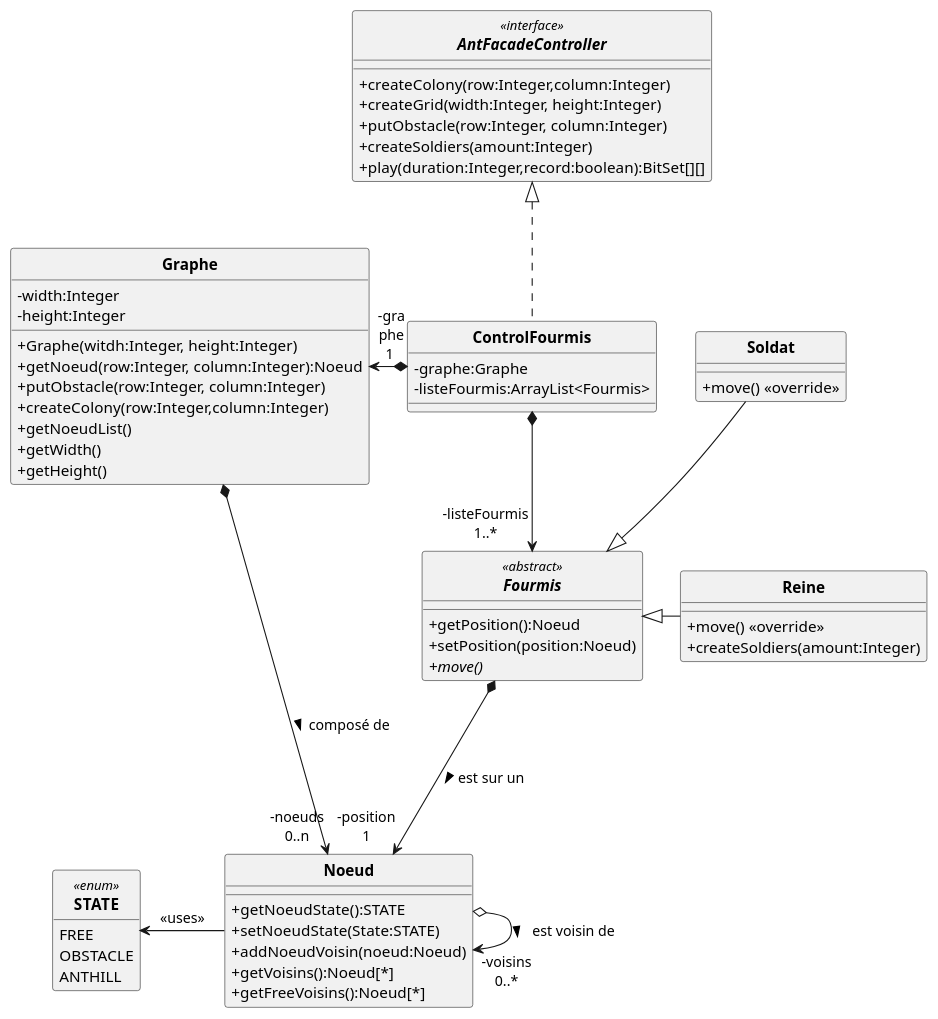
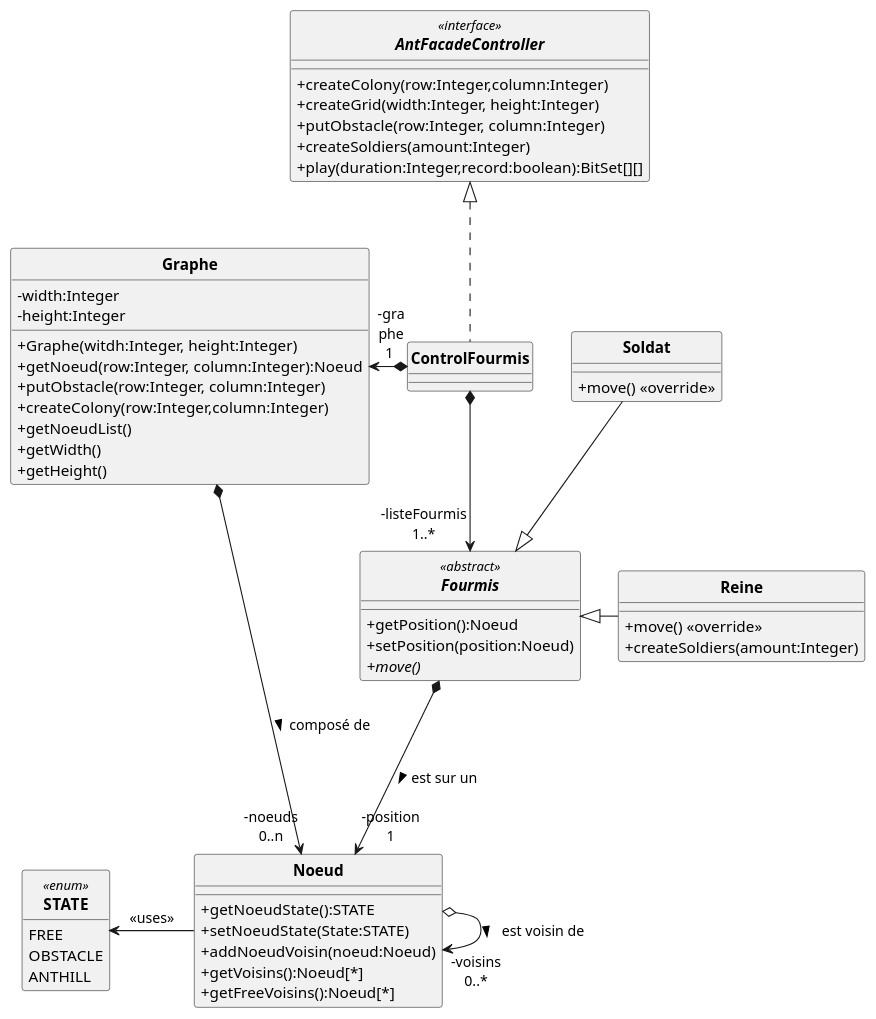
The diagram in src/main/uml/Fourmis_DC.puml (ErenMustafaGit/ColonieFourmis), drawn with PlantUML before and after one commit. The commit also changed 2 other files, not shown here.

```diff
--- a/src/main/uml/Fourmis_DC.puml
+++ b/src/main/uml/Fourmis_DC.puml
@@ -1,87 +1,85 @@
 @startuml
 'https://plantuml.com/sequence-diagram
 allow_mixing
 skinparam style strictuml
 skinparam classAttributeIconSize 0
 skinparam circledCharacterRadius 0
 skinparam circledCharacterFontSize 0
 skinparam classFontStyle Bold
 'autonumber
 hide enum methods
 
 'Controleur
 interface AntFacadeController <<interface>> {
     '+setParameters( evaporationParam:Integer, foodParam:Integer, pheromoneParam:Integer )
     +createColony(row:Integer,column:Integer)
     +createGrid(width:Integer, height:Integer)
     +putObstacle(row:Integer, column:Integer)
     '+putFood( row:Integer, column:Integer, quantity:Integer);
     '+createWorkers( amount:Integer )
     +createSoldiers(amount:Integer)
     '+setAntFile(antLogFile:String);
     +play(duration:Integer,record:boolean):BitSet[][]
 }
 
 class Noeud {
     +getNoeudState():STATE
     +setNoeudState(State:STATE)
     +addNoeudVoisin(noeud:Noeud)
     +getVoisins():Noeud[*]
     +getFreeVoisins():Noeud[*]
 }
 enum STATE <<enum>> {
     FREE
     OBSTACLE
     ANTHILL
 }
 
 
 abstract Fourmis <<abstract>> {
     +getPosition():Noeud
     +setPosition(position:Noeud)
     {abstract} +move()
 }
 class Reine{
     +move() <<override>>
     +createSoldiers(amount:Integer)
 
 }
 class Soldat{
     +move() <<override>>
 }
 
 
 class ControlFourmis implements AntFacadeController{
-    -graphe:Graphe
-    -listeFourmis:ArrayList<Fourmis>
 }
 
 
 class Graphe{
  -width:Integer
  -height:Integer
  +Graphe(witdh:Integer, height:Integer)
  +getNoeud(row:Integer, column:Integer):Noeud
  +putObstacle(row:Integer, column:Integer)
  +createColony(row:Integer,column:Integer)
  +getNoeudList()
  +getWidth()
  +getHeight()
 }
 
 
 Soldat --|> Fourmis
 Reine -l-|> Fourmis
 
 ControlFourmis "-gra\nphe\n1 " *-l-> Graphe
 ControlFourmis  *--> "-listeFourmis\n1..*" Fourmis
 
 Graphe *-r-> "-noeuds\n0..n" Noeud : composé de >
 'historique = liste de noeud déjà passé par la fourmi
 '"-position 1\n-historique 0..*"
 Fourmis *---> "-position\n1" Noeud  : est sur un >
 Noeud o-> "-voisins\n0..*"  Noeud  : est voisin de >
 
 Noeud -l-> STATE : <<uses>>
 
 @enduml
```
